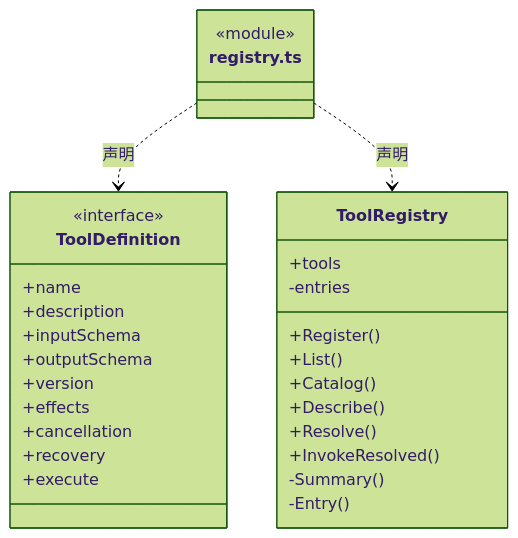
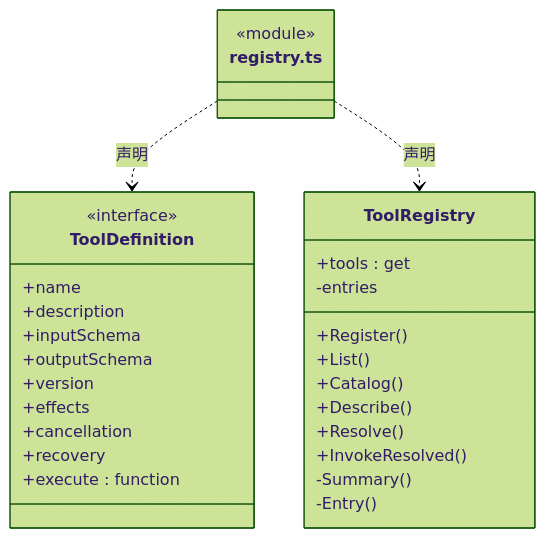
Diagram 13 of 17 in src/logic/tools/rules/ARCHITECTURE.md (nan023062/cbim), drawn with Mermaid (forest theme) before and after one commit. The commit also changed other lines of this file and 137 other files, not shown here.

Commit message:
fix: align architecture generator with documentation standards

````diff
--- a/src/logic/tools/rules/ARCHITECTURE.md
+++ b/src/logic/tools/rules/ARCHITECTURE.md
@@ -398,32 +414,32 @@
 ```mermaid
 classDiagram
 class N_src_logic_tools_rules_registry_ts["registry.ts"] {
   <<module>>
 }
 class N_src_logic_tools_rules_registry_ts_ToolDefinition["ToolDefinition"] {
   <<interface>>
   +name
   +description
   +inputSchema
   +outputSchema
   +version
   +effects
   +cancellation
   +recovery
-  +execute
+  +execute : function
 }
 N_src_logic_tools_rules_registry_ts ..> N_src_logic_tools_rules_registry_ts_ToolDefinition : 声明
 class N_src_logic_tools_rules_registry_ts_ToolRegistry["ToolRegistry"] {
-  +tools
+  +tools : get
   +Register()
   +List()
   +Catalog()
   +Describe()
   +Resolve()
   +InvokeResolved()
   -entries
   -Summary()
   -Entry()
 }
 N_src_logic_tools_rules_registry_ts ..> N_src_logic_tools_rules_registry_ts_ToolRegistry : 声明
 ```
````
